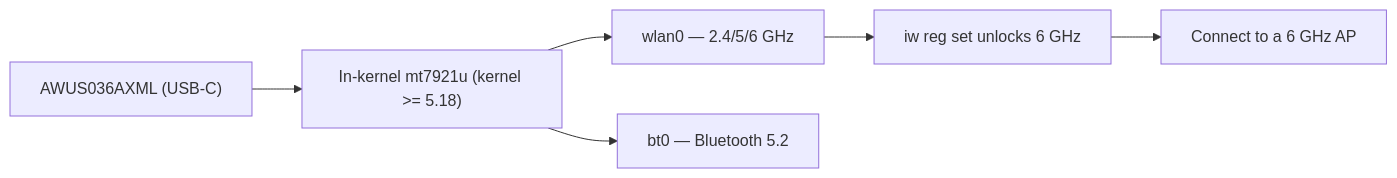
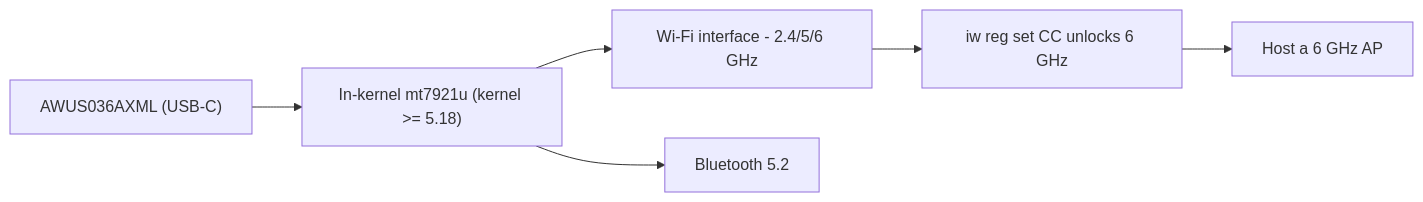
The diagram in docs/01-alfa-network/products/awus036axml/index.md (yopitek/yupitek-wiki), drawn with Mermaid before and after one commit. The commit also changed other lines of this file and 108 other files, not shown here.

````diff
--- a/docs/01-alfa-network/products/awus036axml/index.md
+++ b/docs/01-alfa-network/products/awus036axml/index.md
@@ -54,8 +106,8 @@
 ```mermaid
 flowchart LR
     A["AWUS036AXML (USB-C)"] --> B["In-kernel mt7921u (kernel >= 5.18)"]
-    B --> C["wlan0 — 2.4/5/6 GHz"]
-    B --> D["bt0 — Bluetooth 5.2"]
-    C --> E["iw reg set <CC> unlocks 6 GHz"]
-    E --> F["Connect to a 6 GHz AP"]
+    B --> C["Wi-Fi interface - 2.4/5/6 GHz"]
+    B --> D["Bluetooth 5.2"]
+    C --> E["iw reg set CC unlocks 6 GHz"]
+    E --> F["Host a 6 GHz AP"]
 ```
````
